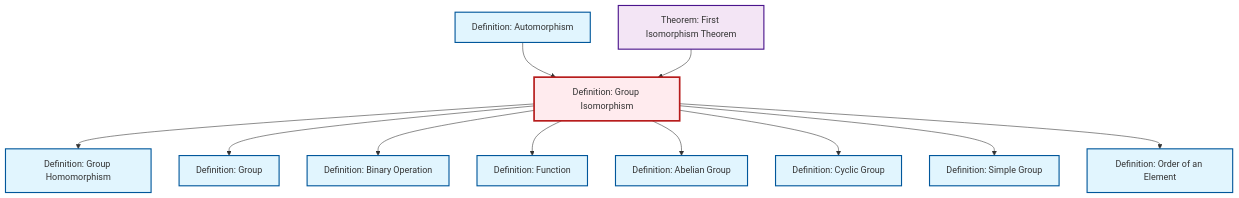
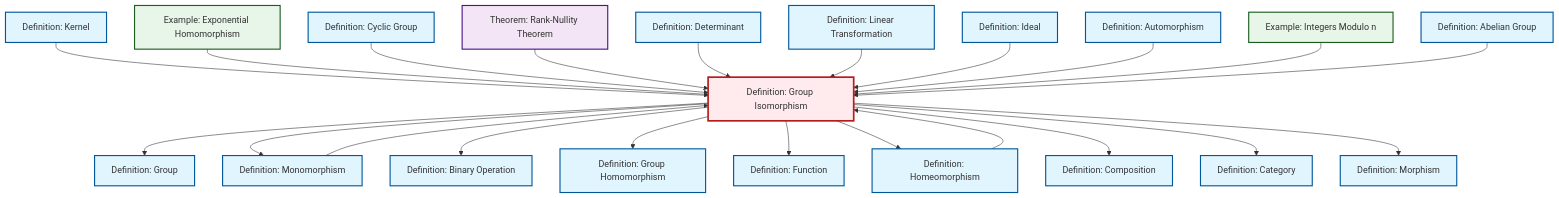
One commit to RK0429/ModernMath changed the diagram in content/en/algebra/def-isomorphism.qmd. Above: the diagram before and after it, drawn with Mermaid. The commit also changed 581 other files, not shown here.

````diff
--- a/content/en/algebra/def-isomorphism.qmd
+++ b/content/en/algebra/def-isomorphism.qmd
@@ -112,31 +112,70 @@
 ```{mermaid}
 %%| fig-cap: "Local dependency graph"
 graph TD
     classDef definition fill:#e1f5fe,stroke:#01579b,stroke-width:2px
     classDef theorem fill:#f3e5f5,stroke:#4a148c,stroke-width:2px
     classDef axiom fill:#fff3e0,stroke:#e65100,stroke-width:2px
     classDef example fill:#e8f5e9,stroke:#1b5e20,stroke-width:2px
     classDef current fill:#ffebee,stroke:#b71c1c,stroke-width:3px
-    def-isomorphism["Definition: Group Isomorphism"]:::definition
-    def-homomorphism["Definition: Group Homomorphism"]:::definition
-    def-group["Definition: Group"]:::definition
     def-binary-operation["Definition: Binary Operation"]:::definition
     def-function["Definition: Function"]:::definition
+    ex-exponential-homomorphism["Example: Exponential Homomorphism"]:::example
+    def-abelian-group["Definition: Abelian Group"]:::definition
+    def-isomorphism["Definition: Group Isomorphism"]:::definition
+    def-cyclic-group["Definition: Cyclic Group"]:::definition
+    def-homeomorphism["Definition: Homeomorphism"]:::definition
+    def-composition["Definition: Composition"]:::definition
+    def-morphism["Definition: Morphism"]:::definition
+    def-category["Definition: Category"]:::definition
+    def-monomorphism["Definition: Monomorphism"]:::definition
+    def-homomorphism["Definition: Group Homomorphism"]:::definition
+    def-determinant["Definition: Determinant"]:::definition
+    thm-rank-nullity["Theorem: Rank-Nullity Theorem"]:::theorem
+    def-kernel["Definition: Kernel"]:::definition
+    def-group["Definition: Group"]:::definition
+    def-ideal["Definition: Ideal"]:::definition
+    def-linear-transformation["Definition: Linear Transformation"]:::definition
     def-automorphism["Definition: Automorphism"]:::definition
-    thm-first-isomorphism["Theorem: First Isomorphism Theorem"]:::theorem
-    def-abelian-group["Definition: Abelian Group"]:::definition
-    def-cyclic-group["Definition: Cyclic Group"]:::definition
-    def-simple-group["Definition: Simple Group"]:::definition
-    def-order["Definition: Order of an Element"]:::definition
+    ex-quotient-integers-mod-n["Example: Integers Modulo n"]:::example
+    def-homeomorphism --> def-isomorphism
+    def-isomorphism --> def-group
+    def-isomorphism --> def-monomorphism
+    def-kernel --> def-isomorphism
+    def-isomorphism --> def-binary-operation
     def-isomorphism --> def-homomorphism
-    def-isomorphism --> def-group
-    def-isomorphism --> def-binary-operation
     def-isomorphism --> def-function
+    ex-exponential-homomorphism --> def-isomorphism
+    def-cyclic-group --> def-isomorphism
+    thm-rank-nullity --> def-isomorphism
+    def-isomorphism --> def-homeomorphism
+    def-determinant --> def-isomorphism
+    def-linear-transformation --> def-isomorphism
+    def-ideal --> def-isomorphism
     def-automorphism --> def-isomorphism
-    thm-first-isomorphism --> def-isomorphism
-    def-isomorphism --> def-abelian-group
-    def-isomorphism --> def-cyclic-group
-    def-isomorphism --> def-simple-group
-    def-isomorphism --> def-order
+    def-monomorphism --> def-isomorphism
+    def-isomorphism --> def-composition
+    ex-quotient-integers-mod-n --> def-isomorphism
+    def-abelian-group --> def-isomorphism
+    def-isomorphism --> def-category
+    def-isomorphism --> def-morphism
     class def-isomorphism current
+    click def-binary-operation "def-binary-operation.html" "Go to Binary Operation definition"
+    click def-function "def-function.html" "Go to Function definition"
+    click ex-exponential-homomorphism "ex-exponential-homomorphism.html" "Go to Exponential Homomorphism example"
+    click def-abelian-group "def-abelian-group.html" "Go to Abelian Group definition"
+    click def-cyclic-group "def-cyclic-group.html" "Go to Cyclic Group definition"
+    click def-homeomorphism "def-homeomorphism.html" "Go to Homeomorphism definition"
+    click def-composition "def-composition.html" "Go to Composition definition"
+    click def-morphism "def-morphism.html" "Go to Morphism definition"
+    click def-category "def-category.html" "Go to Category definition"
+    click def-monomorphism "def-monomorphism.html" "Go to Monomorphism definition"
+    click def-homomorphism "def-homomorphism.html" "Go to Group Homomorphism definition"
+    click def-determinant "def-determinant.html" "Go to Determinant definition"
+    click thm-rank-nullity "thm-rank-nullity.html" "Go to Rank-Nullity Theorem theorem"
+    click def-kernel "def-kernel.html" "Go to Kernel definition"
+    click def-group "def-group.html" "Go to Group definition"
+    click def-ideal "def-ideal.html" "Go to Ideal definition"
+    click def-linear-transformation "def-linear-transformation.html" "Go to Linear Transformation definition"
+    click def-automorphism "def-automorphism.html" "Go to Automorphism definition"
+    click ex-quotient-integers-mod-n "ex-quotient-integers-mod-n.html" "Go to Integers Modulo n example"
 ```
````
